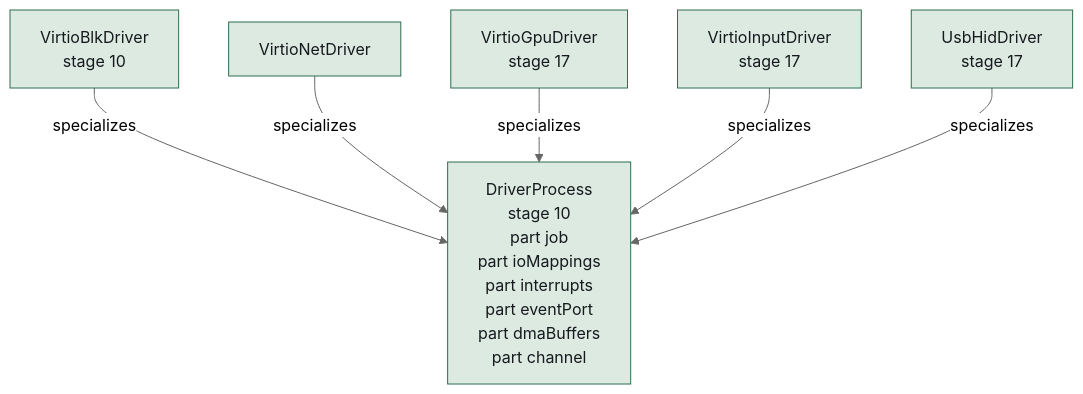
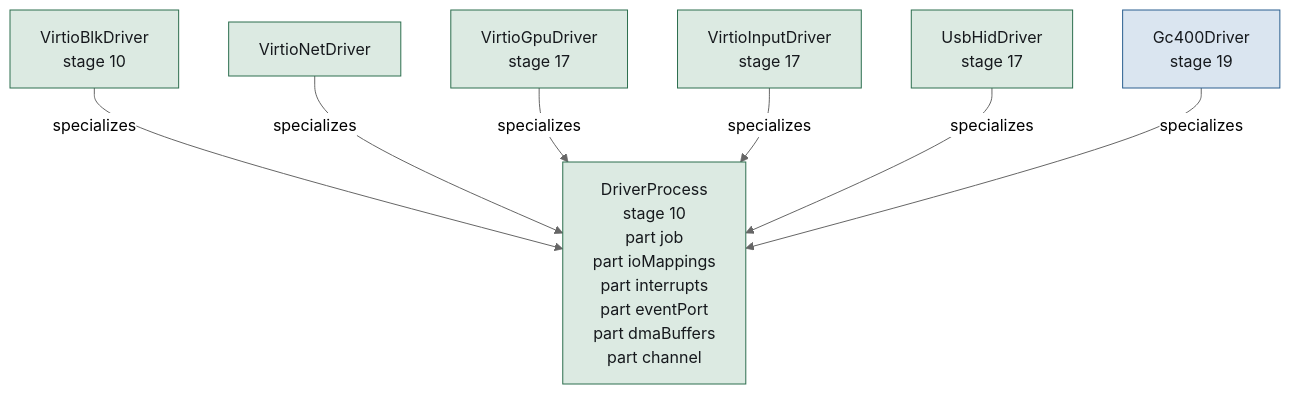
Before and after one commit to SetZero/ferrix: diagram 13 of 20 in docs/generated/ARCHITECTURE.md, drawn with Mermaid (neutral theme). The commit also changed other lines of this file and 10 other files, not shown here.

````diff
--- a/docs/generated/ARCHITECTURE.md
+++ b/docs/generated/ARCHITECTURE.md
@@ -2103,16 +2103,20 @@
 ```mermaid
 flowchart TB
   n0_FerrixDrivers_DriverProcess["DriverProcess<br>stage 10<br>part job<br>part ioMappings<br>part interrupts<br>part eventPort<br>part dmaBuffers<br>part channel"]
   n1_FerrixDrivers_VirtioBlkDriver["VirtioBlkDriver<br>stage 10"]
   n2_FerrixDrivers_VirtioNetDriver["VirtioNetDriver"]
   n3_FerrixDrivers_VirtioGpuDriver["VirtioGpuDriver<br>stage 17"]
   n4_FerrixDrivers_VirtioInputDriver["VirtioInputDriver<br>stage 17"]
   n5_FerrixDrivers_UsbHidDriver["UsbHidDriver<br>stage 17"]
+  n6_FerrixDrivers_Gc400Driver["Gc400Driver<br>stage 19"]
   n1_FerrixDrivers_VirtioBlkDriver -- "specializes" --> n0_FerrixDrivers_DriverProcess
   n2_FerrixDrivers_VirtioNetDriver -- "specializes" --> n0_FerrixDrivers_DriverProcess
   n3_FerrixDrivers_VirtioGpuDriver -- "specializes" --> n0_FerrixDrivers_DriverProcess
   n4_FerrixDrivers_VirtioInputDriver -- "specializes" --> n0_FerrixDrivers_DriverProcess
   n5_FerrixDrivers_UsbHidDriver -- "specializes" --> n0_FerrixDrivers_DriverProcess
+  n6_FerrixDrivers_Gc400Driver -- "specializes" --> n0_FerrixDrivers_DriverProcess
   classDef implemented fill:#dceae2,stroke:#2c6e4e,color:#16191d
+  classDef inProgress fill:#dae5f0,stroke:#2a5f8f,color:#16191d
   class n0_FerrixDrivers_DriverProcess,n1_FerrixDrivers_VirtioBlkDriver,n2_FerrixDrivers_VirtioNetDriver,n3_FerrixDrivers_VirtioGpuDriver,n4_FerrixDrivers_VirtioInputDriver,n5_FerrixDrivers_UsbHidDriver implemented
+  class n6_FerrixDrivers_Gc400Driver inProgress
 ```
````
